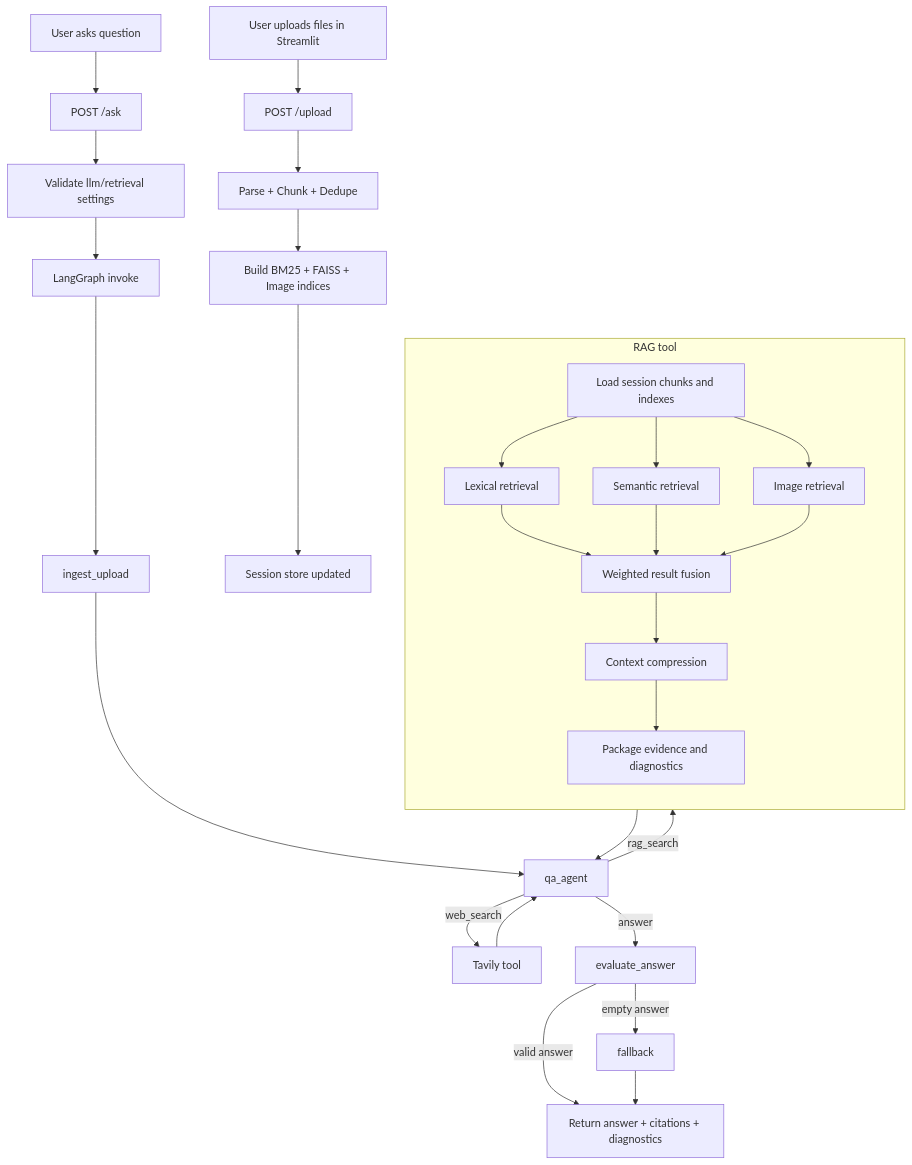
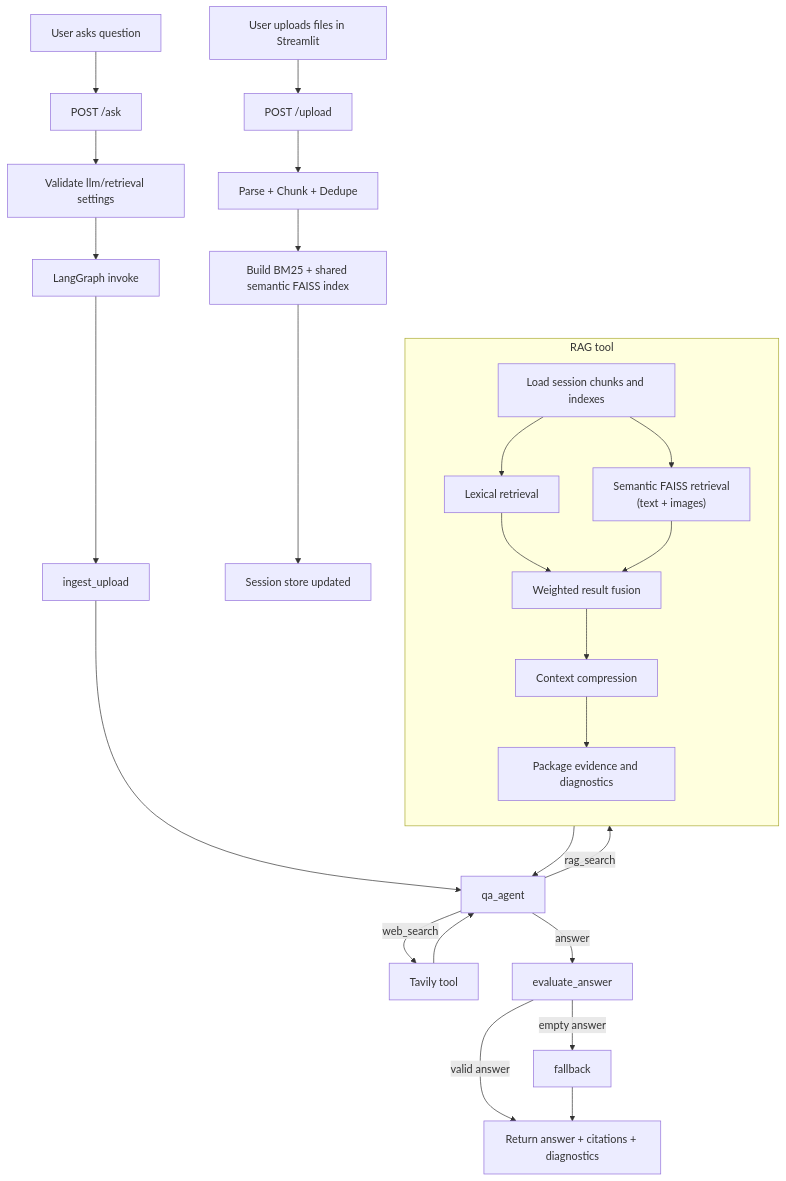
One commit to brian546/QA_bot changed the diagram in README.md. Above: the diagram before and after it, drawn with Mermaid. The commit also changed other lines of this file and 9 other files, not shown here.

Commit message:
feat: Enhance multimodal retrieval and indexing by integrating image assets into semantic indexing and refining retrieval logic

````diff
--- a/README.md
+++ b/README.md
@@ -89,35 +89,33 @@
 ```mermaid
 flowchart TD
 	A[User uploads files in Streamlit] --> B[POST /upload]
 	B --> C[Parse + Chunk + Dedupe]
-	C --> D[Build BM25 + FAISS + Image indices]
+	C --> D[Build BM25 + shared semantic FAISS index]
 	D --> E[Session store updated]
 
 	F[User asks question] --> G[POST /ask]
 	G --> H[Validate llm/retrieval settings]
 	H --> I[LangGraph invoke]
 
 	I --> J[ingest_upload]
 	J --> K[qa_agent]
 	K -->|rag_search| RAG
 	subgraph RAG[RAG tool]
 		direction TB
 		R1[Load session chunks and indexes]
 		R1 --> R2[Lexical retrieval]
-		R1 --> R3[Semantic retrieval]
-		R1 --> R4[Image retrieval]
+		R1 --> R3["Semantic FAISS retrieval<br/>(text + images)"]
 		R2 --> R5[Weighted result fusion]
 		R3 --> R5
-		R4 --> R5
 		R5 --> R6[Context compression]
 		R6 --> R7[Package evidence and diagnostics]
 	end
 	RAG --> K
 	K -->|web_search| M[Tavily tool]
 	M --> K
 	K -->|answer| N[evaluate_answer]
 
 	N -->|valid answer| O[Return answer + citations + diagnostics]
 	N -->|empty answer| P[fallback]
 	P --> O
 ```
````
